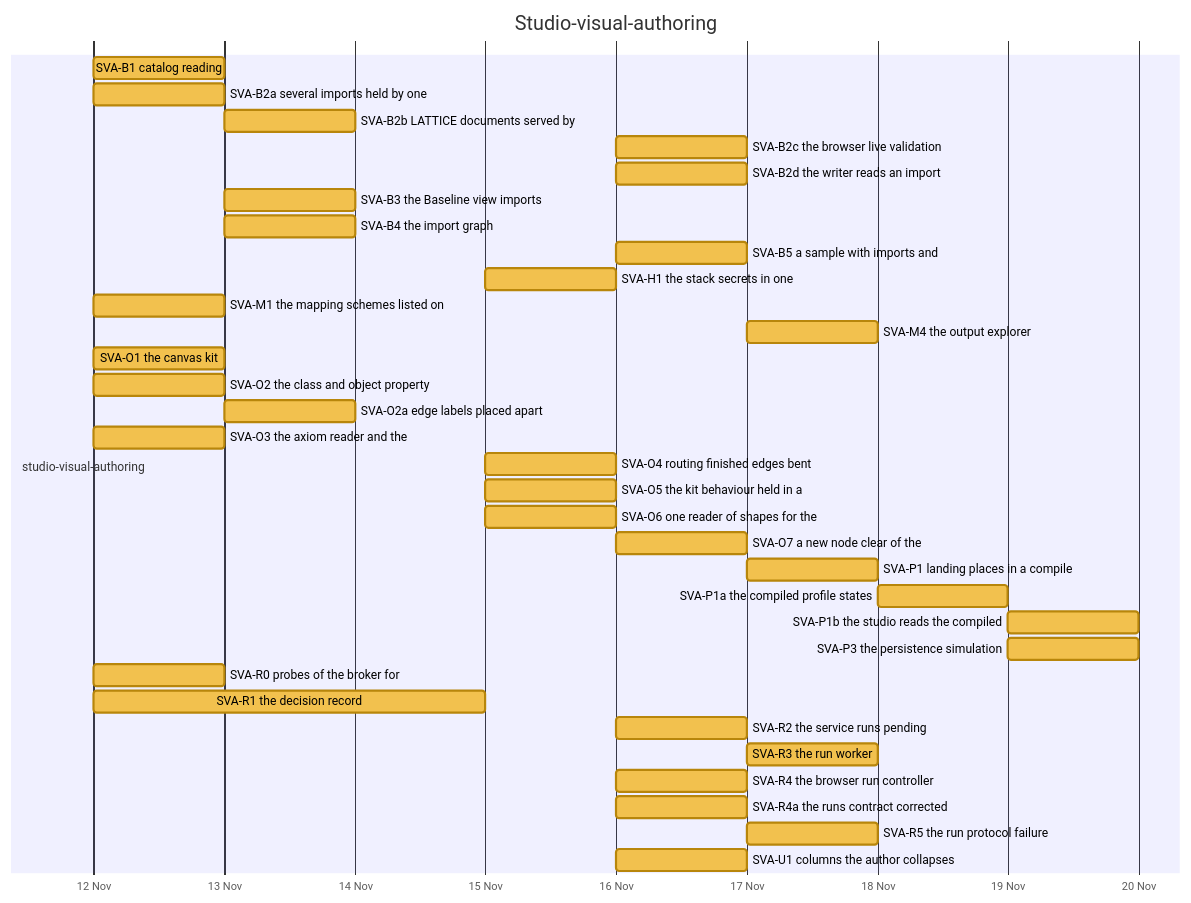
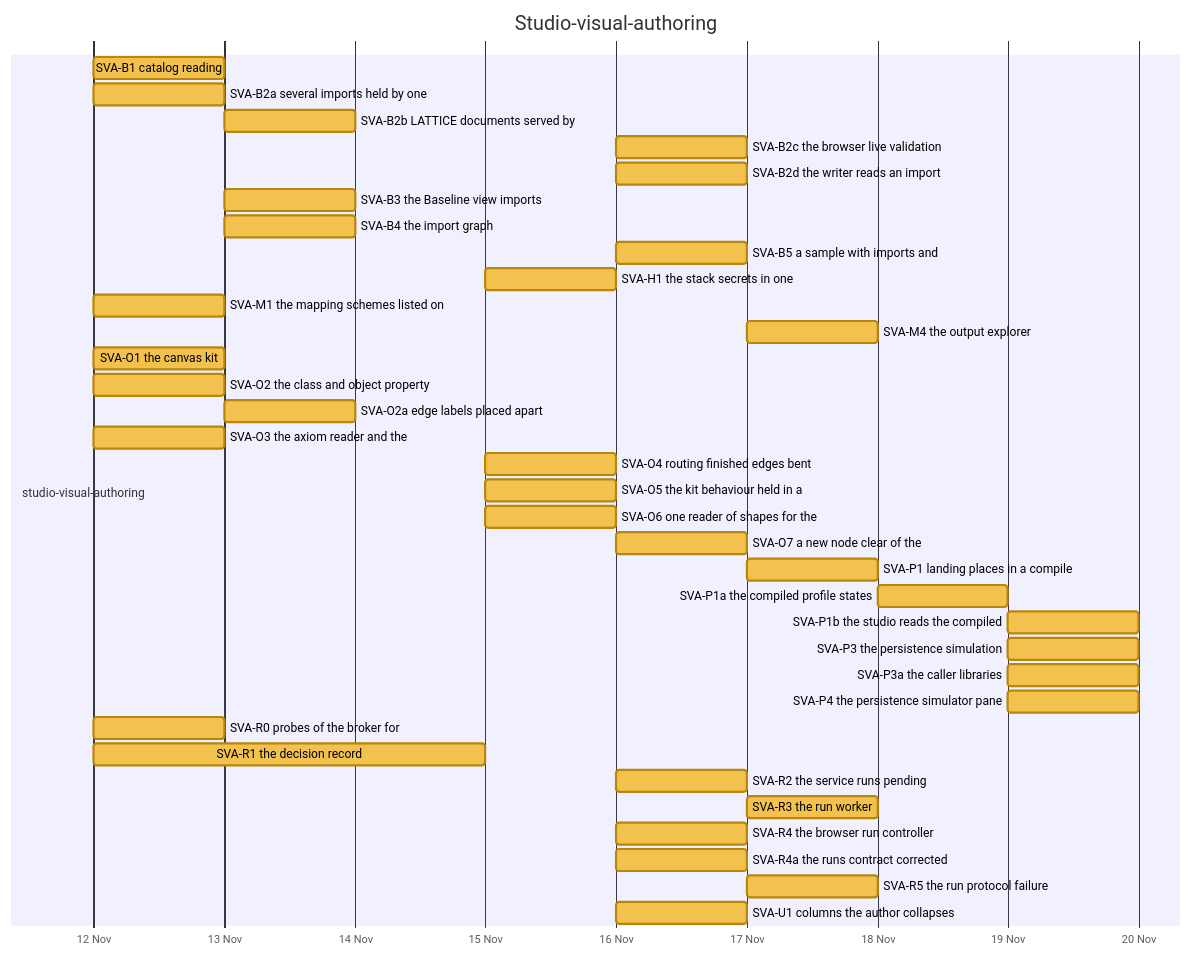
One commit to nebularis/lattice changed diagram 16 of 32 in docs/developer/ROADMAP.md. Above: the diagram before and after it, drawn with Mermaid. The commit also changed other lines of this file, not shown here.

First line of the commit message:
[studio-visual-authoring] Refresh the roadmap's generated sections after SVA-P4

````diff
--- a/docs/developer/ROADMAP.md
+++ b/docs/developer/ROADMAP.md
@@ -479,39 +479,41 @@
 ```mermaid
 %%{init: {"themeVariables": {"taskBkgColor": "#f2c14e", "taskBorderColor": "#b8860b", "taskTextColor": "#000000", "activeTaskBkgColor": "#4e9af1", "activeTaskBorderColor": "#1f5fbf", "activeTaskBorderColor": "#1f5fbf", "doneTaskBkgColor": "#8fcf8f", "doneTaskBorderColor": "#2f7d32", "critBkgColor": "#f28b82", "critBorderColor": "#b23a30", "taskTextDarkColor": "#000000", "taskTextLightColor": "#000000"}}}%%
 gantt
     title Studio-visual-authoring
     dateFormat YYYY-MM-DD
     axisFormat %d %b
     section studio-visual-authoring
     SVA-B1 catalog reading :svab1, 2026-11-12, 2026-11-13
     SVA-B2a several imports held by one :svab2a, 2026-11-12, 2026-11-13
     SVA-B2b LATTICE documents served by :svab2b, 2026-11-13, 2026-11-14
     SVA-B2c the browser live validation :svab2c, 2026-11-16, 2026-11-17
     SVA-B2d the writer reads an import :svab2d, 2026-11-16, 2026-11-17
     SVA-B3 the Baseline view imports :svab3, 2026-11-13, 2026-11-14
     SVA-B4 the import graph :svab4, 2026-11-13, 2026-11-14
     SVA-B5 a sample with imports and :svab5, 2026-11-16, 2026-11-17
     SVA-H1 the stack secrets in one :svah1, 2026-11-15, 2026-11-16
     SVA-M1 the mapping schemes listed on :svam1, 2026-11-12, 2026-11-13
     SVA-M4 the output explorer :svam4, 2026-11-17, 2026-11-18
     SVA-O1 the canvas kit :svao1, 2026-11-12, 2026-11-13
     SVA-O2 the class and object property :svao2, 2026-11-12, 2026-11-13
     SVA-O2a edge labels placed apart :svao2a, 2026-11-13, 2026-11-14
     SVA-O3 the axiom reader and the :svao3, 2026-11-12, 2026-11-13
     SVA-O4 routing finished edges bent :svao4, 2026-11-15, 2026-11-16
     SVA-O5 the kit behaviour held in a :svao5, 2026-11-15, 2026-11-16
     SVA-O6 one reader of shapes for the :svao6, 2026-11-15, 2026-11-16
     SVA-O7 a new node clear of the :svao7, 2026-11-16, 2026-11-17
     SVA-P1 landing places in a compile :svap1, 2026-11-17, 2026-11-18
     SVA-P1a the compiled profile states :svap1a, 2026-11-18, 2026-11-19
     SVA-P1b the studio reads the compiled :svap1b, 2026-11-19, 2026-11-20
     SVA-P3 the persistence simulation :svap3, 2026-11-19, 2026-11-20
+    SVA-P3a the caller libraries :svap3a, 2026-11-19, 2026-11-20
+    SVA-P4 the persistence simulator pane :svap4, 2026-11-19, 2026-11-20
     SVA-R0 probes of the broker for :svar0, 2026-11-12, 2026-11-13
     SVA-R1 the decision record :svar1, 2026-11-12, 2026-11-15
     SVA-R2 the service runs pending :svar2, 2026-11-16, 2026-11-17
     SVA-R3 the run worker :svar3, 2026-11-17, 2026-11-18
     SVA-R4 the browser run controller :svar4, 2026-11-16, 2026-11-17
     SVA-R4a the runs contract corrected :svar4a, 2026-11-16, 2026-11-17
     SVA-R5 the run protocol failure :svar5, 2026-11-17, 2026-11-18
     SVA-U1 columns the author collapses :svau1, 2026-11-16, 2026-11-17
 ```
````
